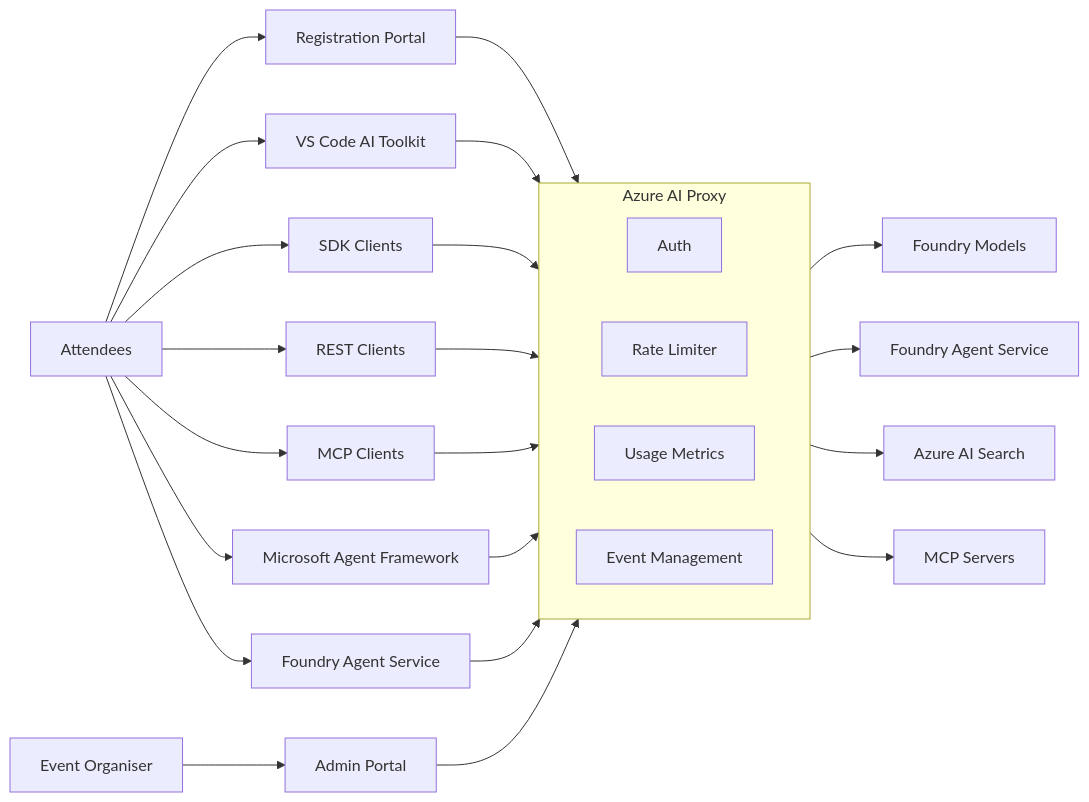
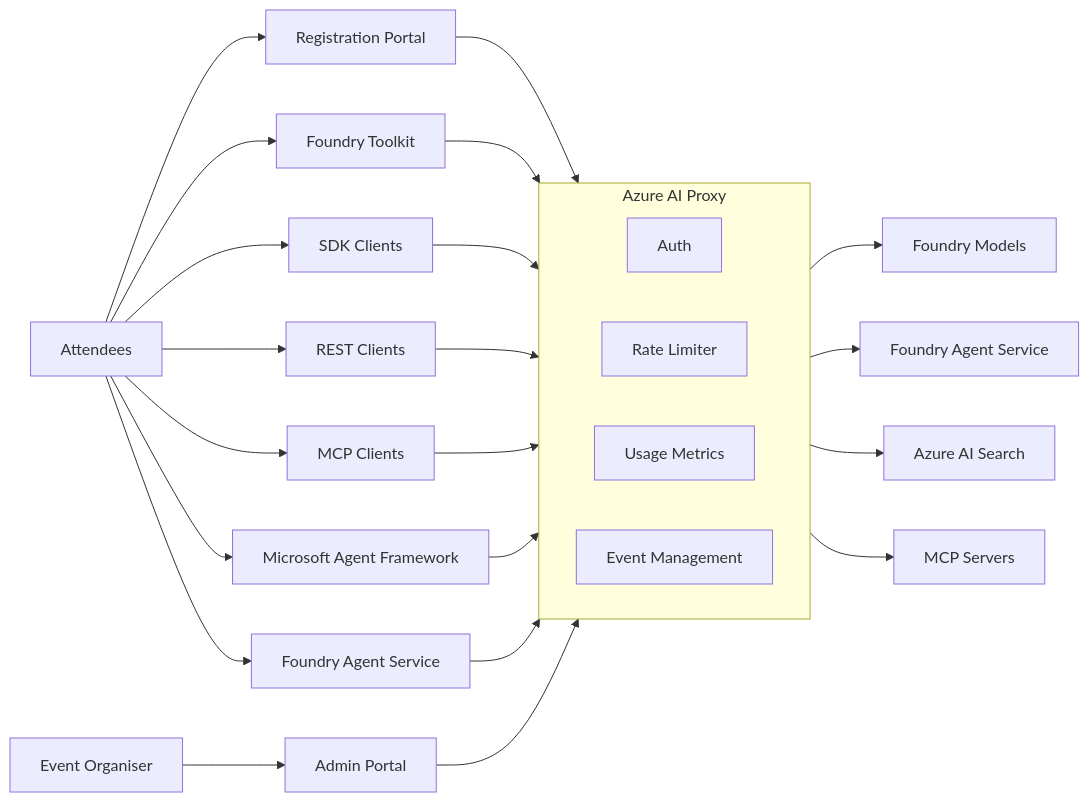
The diagram in docs/docs/index.md (gloveboxes/azure-ai-proxy-lite), drawn with Mermaid before and after one commit. The commit also changed other lines of this file and 25 other files, not shown here.

Commit message:
Refactor documentation and code to replace "AI Toolkit" with "Foundry Toolkit" across all references, including updates to related classes, endpoints, and validation attributes.

````diff
--- a/docs/docs/index.md
+++ b/docs/docs/index.md
@@ -11,34 +11,34 @@
 ```mermaid
 graph LR
     Attendees --> Reg[Registration Portal]
-    Attendees --> T1[VS Code AI Toolkit]
+    Attendees --> T1[Foundry Toolkit]
     Attendees --> T2[SDK Clients]
     Attendees --> T3[REST Clients]
     Attendees --> T4[MCP Clients]
     Attendees --> T5[Microsoft Agent Framework]
     Attendees --> T6[Foundry Agent Service]
 
     Organiser[Event Organiser] --> Admin[Admin Portal]
 
     Reg --> Azure_AI_Proxy
     T1 --> Azure_AI_Proxy
     T2 --> Azure_AI_Proxy
     T3 --> Azure_AI_Proxy
     T4 --> Azure_AI_Proxy
     T5 --> Azure_AI_Proxy
     T6 --> Azure_AI_Proxy
     Admin --> Azure_AI_Proxy
 
     subgraph Azure_AI_Proxy[Azure AI Proxy]
         direction LR
         P1[Auth]
         P2[Rate Limiter]
         P3[Usage Metrics]
         P4[Event Management]
     end
 
     Azure_AI_Proxy --> A1[Foundry Models]
     Azure_AI_Proxy --> A2[Foundry Agent Service]
     Azure_AI_Proxy --> A3[Azure AI Search]
     Azure_AI_Proxy --> A4[MCP Servers]
 ```
````
